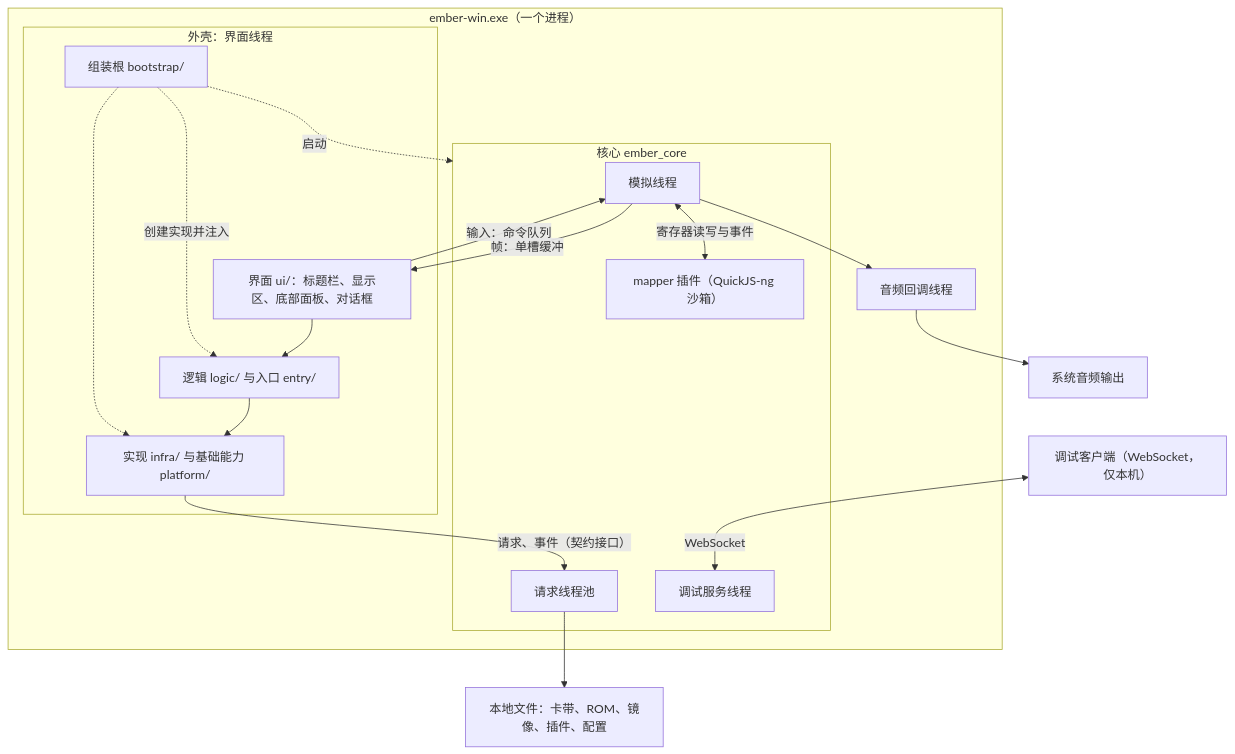
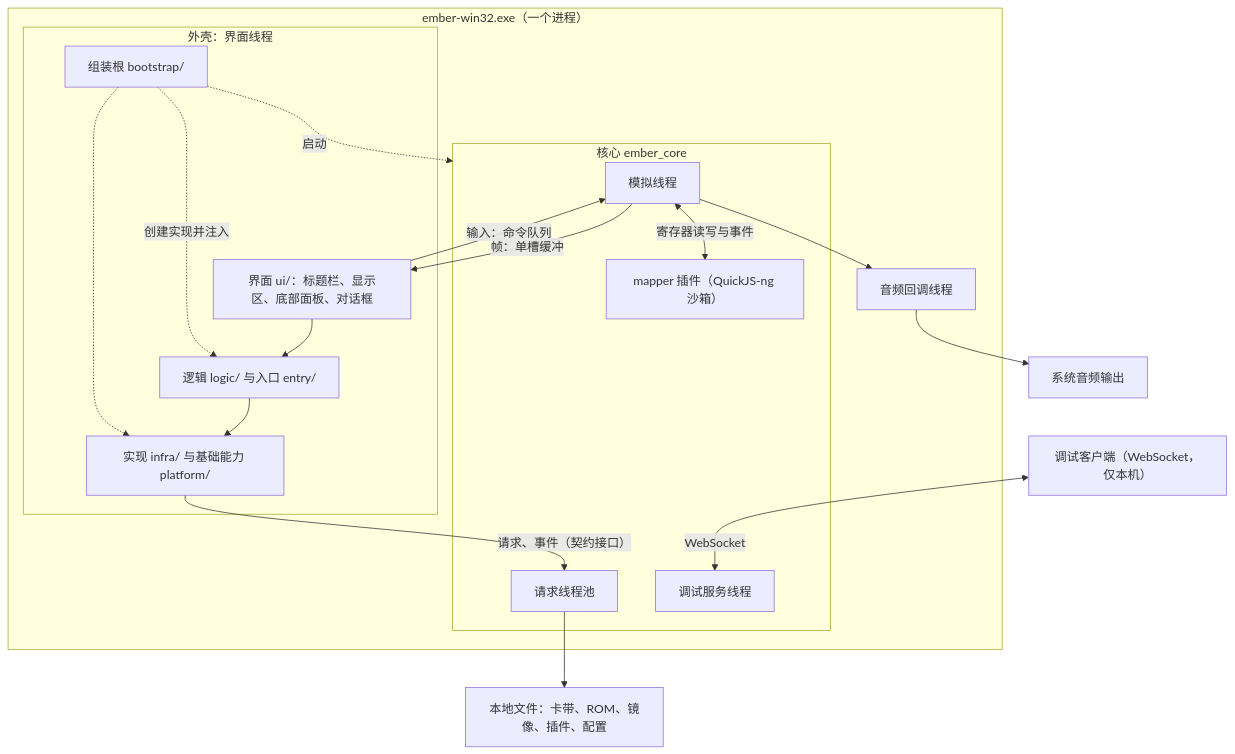
One commit to sungbindev/famiclone changed the diagram in ember/docs/01-软件架构设计.md. Above: the diagram before and after it, drawn with Mermaid. The commit also changed other lines of this file and 61 other files, not shown here.

````diff
--- a/ember/docs/01-软件架构设计.md
+++ b/ember/docs/01-软件架构设计.md
@@ -38,33 +38,33 @@
 ```mermaid
 flowchart TB
-  subgraph PROCESS["ember-win.exe（一个进程）"]
+  subgraph PROCESS["ember-win32.exe（一个进程）"]
     subgraph SHELL["外壳：界面线程"]
       BOOT["组装根 bootstrap/"]
       UI["界面 ui/：标题栏、显示区、底部面板、对话框"]
       LOGIC["逻辑 logic/ 与入口 entry/"]
       INFRA["实现 infra/ 与基础能力 platform/"]
     end
     subgraph CORE["核心 ember_core"]
       SIM["模拟线程"]
       POOL["请求线程池"]
       DBG["调试服务线程"]
       PLUGINS["mapper 插件（QuickJS-ng 沙箱）"]
     end
     AUDIO["音频回调线程"]
   end
   DEBUGCLIENT["调试客户端（WebSocket，仅本机）"]
   FILES["本地文件：卡带、ROM、镜像、插件、配置"]
   OUT["系统音频输出"]
 
   UI --> LOGIC --> INFRA
   INFRA -->|"请求、事件（契约接口）"| POOL
   SIM -->|"帧：单槽缓冲"| UI
   UI -->|"输入：命令队列"| SIM
   SIM <-->|"寄存器读写与事件"| PLUGINS
   SIM --> AUDIO --> OUT
   POOL --> FILES
   DEBUGCLIENT <-->|"WebSocket"| DBG
   BOOT -.->|"创建实现并注入"| LOGIC
   BOOT -.-> INFRA
   BOOT -.->|"启动"| CORE
 ```
````
